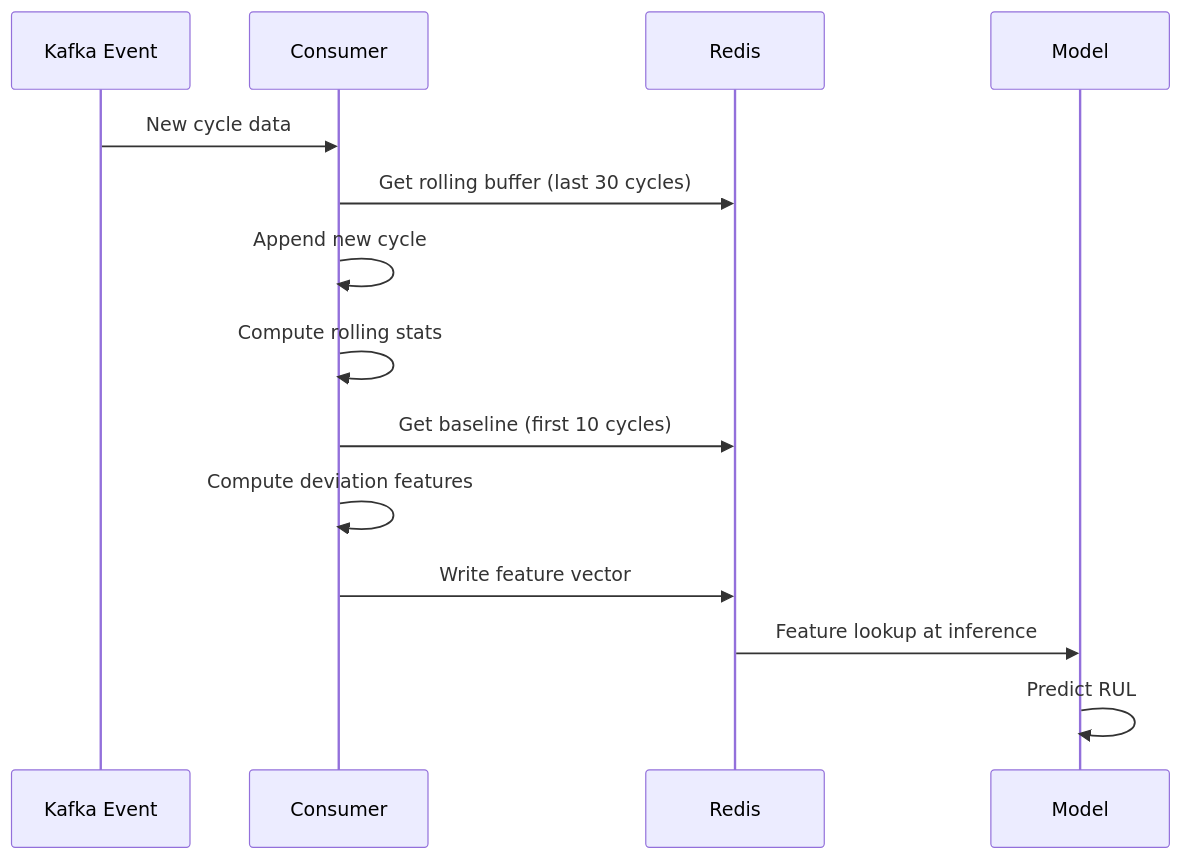
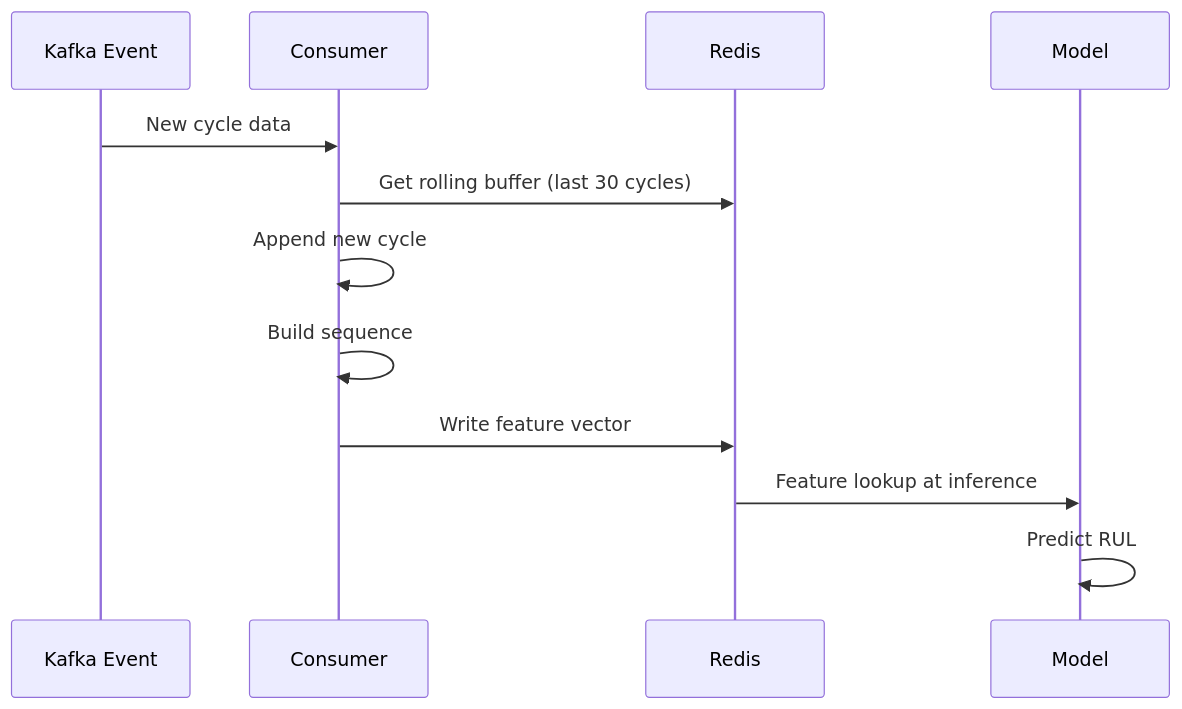
The second of 2 diagrams in docs/03_feature_engineering.md (nasim-raj-laskar/Real-Time-Aircraft-Engine-Predictive-Maintenance-System), drawn with Mermaid before and after one commit. The commit also changed other lines of this file and 6 other files, not shown here.

````diff
--- a/docs/03_feature_engineering.md
+++ b/docs/03_feature_engineering.md
@@ -207,17 +274,15 @@
 ```mermaid
 sequenceDiagram
     participant K as Kafka Event
     participant C as Consumer
     participant R as Redis
     participant M as Model
     
     K->>C: New cycle data
     C->>R: Get rolling buffer (last 30 cycles)
     C->>C: Append new cycle
-    C->>C: Compute rolling stats
-    C->>R: Get baseline (first 10 cycles)
-    C->>C: Compute deviation features
+    C->>C: Build sequence
     C->>R: Write feature vector
     R->>M: Feature lookup at inference
     M->>M: Predict RUL
 ```
````
